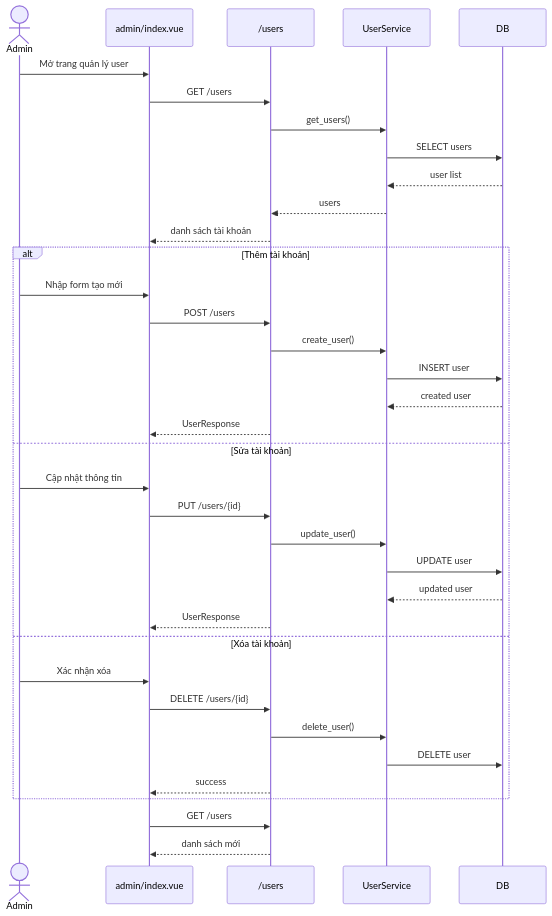
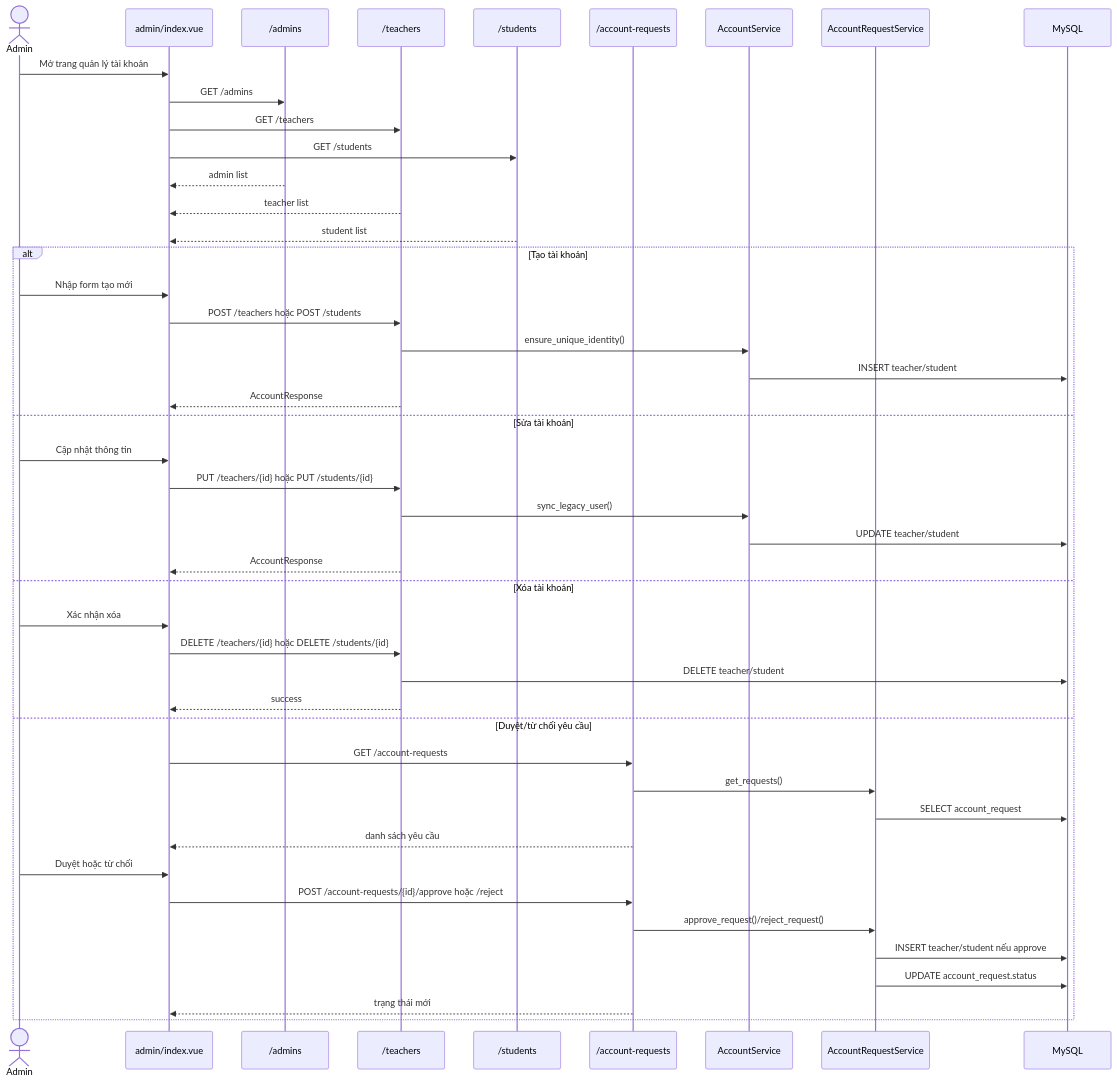
The eighth of 17 diagrams in docs/UML.md (Tedomi2525/My_project), drawn with Mermaid before and after one commit. The commit also changed other lines of this file and 15 other files, not shown here.

First line of the commit message:
Add new documentation files including class diagram and project report

````diff
--- a/docs/UML.md
+++ b/docs/UML.md
@@ -689,41 +606,50 @@
 ```mermaid
 sequenceDiagram
 actor Admin
 participant AdminPage as admin/index.vue
-participant UserAPI as /users
-participant UserService
-participant DB
+participant AdminAPI as /admins
+participant TeacherAPI as /teachers
+participant StudentAPI as /students
+participant RequestAPI as /account-requests
+participant AccountService
+participant AccountRequestService
+participant DB as MySQL
 
-Admin->>AdminPage: Mở trang quản lý user
-AdminPage->>UserAPI: GET /users
-UserAPI->>UserService: get_users()
-UserService->>DB: SELECT users
-DB-->>UserService: user list
-UserService-->>UserAPI: users
-UserAPI-->>AdminPage: danh sách tài khoản
+Admin->>AdminPage: Mở trang quản lý tài khoản
+AdminPage->>AdminAPI: GET /admins
+AdminPage->>TeacherAPI: GET /teachers
+AdminPage->>StudentAPI: GET /students
+AdminAPI-->>AdminPage: admin list
+TeacherAPI-->>AdminPage: teacher list
+StudentAPI-->>AdminPage: student list
 
-alt Thêm tài khoản
+alt Tạo tài khoản
   Admin->>AdminPage: Nhập form tạo mới
-  AdminPage->>UserAPI: POST /users
-  UserAPI->>UserService: create_user()
-  UserService->>DB: INSERT user
-  DB-->>UserService: created user
-  UserAPI-->>AdminPage: UserResponse
+  AdminPage->>TeacherAPI: POST /teachers hoặc POST /students
+  TeacherAPI->>AccountService: ensure_unique_identity()
+  AccountService->>DB: INSERT teacher/student
+  TeacherAPI-->>AdminPage: AccountResponse
 else Sửa tài khoản
   Admin->>AdminPage: Cập nhật thông tin
-  AdminPage->>UserAPI: PUT /users/{id}
-  UserAPI->>UserService: update_user()
-  UserService->>DB: UPDATE user
-  DB-->>UserService: updated user
-  UserAPI-->>AdminPage: UserResponse
+  AdminPage->>TeacherAPI: PUT /teachers/{id} hoặc PUT /students/{id}
+  TeacherAPI->>AccountService: sync_legacy_user()
+  AccountService->>DB: UPDATE teacher/student
+  TeacherAPI-->>AdminPage: AccountResponse
 else Xóa tài khoản
   Admin->>AdminPage: Xác nhận xóa
-  AdminPage->>UserAPI: DELETE /users/{id}
-  UserAPI->>UserService: delete_user()
-  UserService->>DB: DELETE user
-  UserAPI-->>AdminPage: success
+  AdminPage->>TeacherAPI: DELETE /teachers/{id} hoặc DELETE /students/{id}
+  TeacherAPI->>DB: DELETE teacher/student
+  TeacherAPI-->>AdminPage: success
+else Duyệt/từ chối yêu cầu
+  AdminPage->>RequestAPI: GET /account-requests
+  RequestAPI->>AccountRequestService: get_requests()
+  AccountRequestService->>DB: SELECT account_request
+  RequestAPI-->>AdminPage: danh sách yêu cầu
+  Admin->>AdminPage: Duyệt hoặc từ chối
+  AdminPage->>RequestAPI: POST /account-requests/{id}/approve hoặc /reject
+  RequestAPI->>AccountRequestService: approve_request()/reject_request()
+  AccountRequestService->>DB: INSERT teacher/student nếu approve
+  AccountRequestService->>DB: UPDATE account_request.status
+  RequestAPI-->>AdminPage: trạng thái mới
 end
-
-AdminPage->>UserAPI: GET /users
-UserAPI-->>AdminPage: danh sách mới
 ```
````
